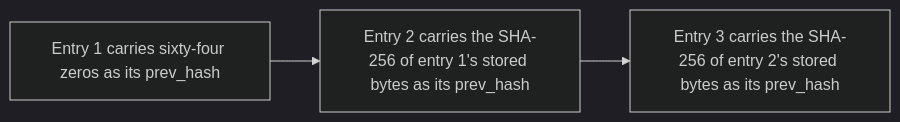
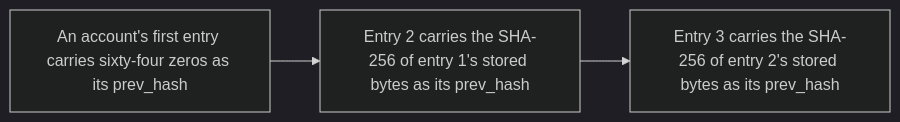
One commit to l3a0/ithildin-runtime changed diagram 34 of 38 in docs/architecture.md. Above: the diagram before and after it, drawn with Mermaid (dark theme). The commit also changed other lines of this file, not shown here.

First line of the commit message:
docs(architecture): answer the fresh reader's review of File formats and keys

````diff
--- a/docs/architecture.md
+++ b/docs/architecture.md
@@ -3111,7 +3111,7 @@
 ```mermaid
 flowchart LR
-    e1["Entry 1 carries sixty-four zeros as its prev_hash"]
+    e1["An account's first entry carries sixty-four zeros as its prev_hash"]
     e2["Entry 2 carries the SHA-256 of entry 1's stored bytes as its prev_hash"]
     e3["Entry 3 carries the SHA-256 of entry 2's stored bytes as its prev_hash"]
     e1 --> e2 --> e3
 ```
````
